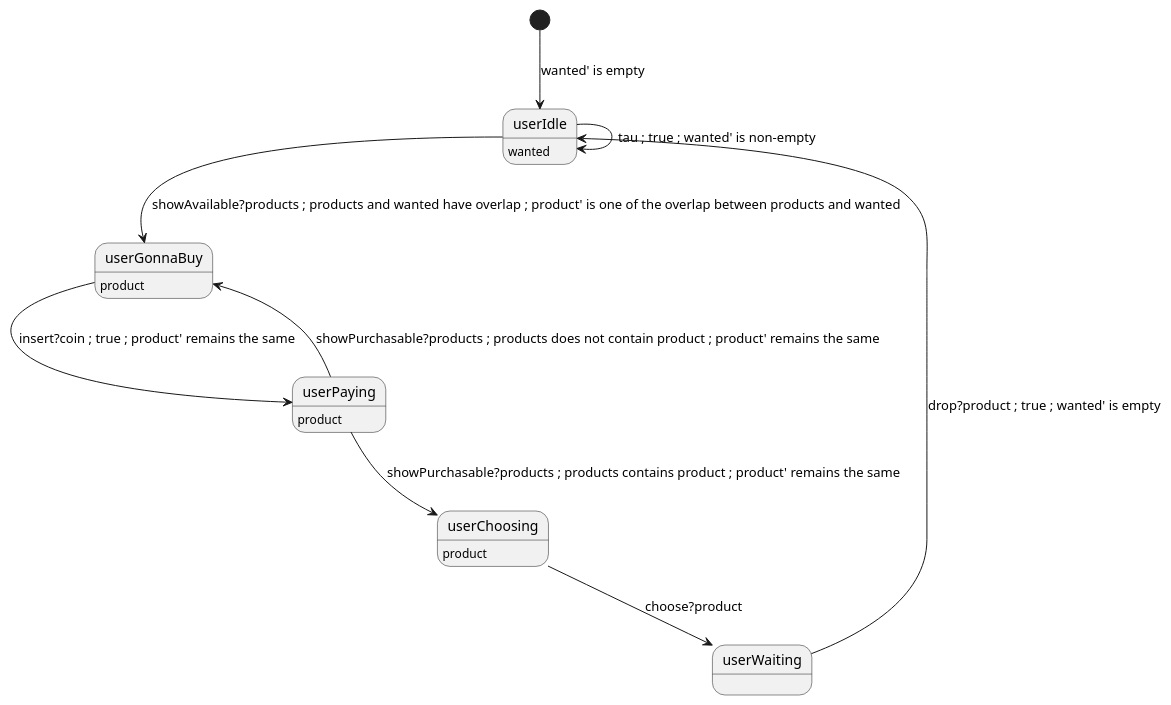
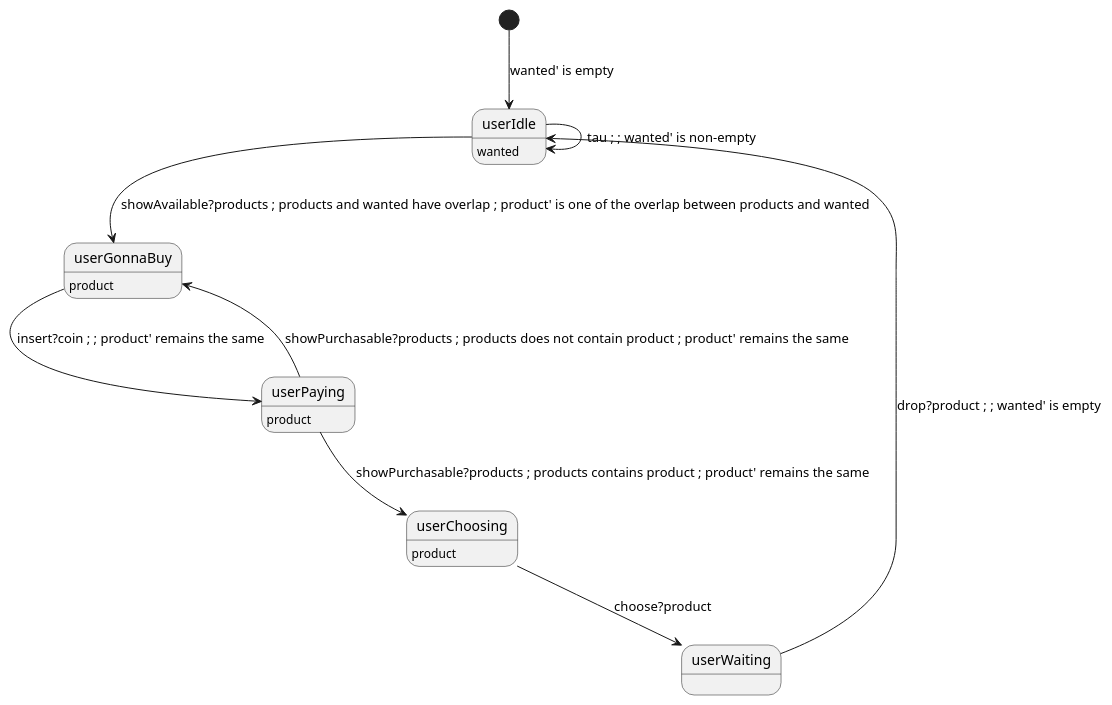
One commit to Kuniwak/puml-parallel changed the diagram in examples/valid/user.puml. Above: the diagram before and after it, drawn with PlantUML. The commit also changed 65 other files, not shown here.

```diff
--- a/examples/valid/user.puml
+++ b/examples/valid/user.puml
@@ -1,22 +1,22 @@
 @startuml
 
 state "userIdle" as userIdle
 userIdle: wanted
 state "userGonnaBuy" as userGonnaBuy
 userGonnaBuy: product
 state "userPaying" as userPaying
 userPaying: product
 state "userChoosing" as userChoosing
 userChoosing: product
 state "userWaiting" as userWaiting
 
 [*] --> userIdle : wanted' is empty
-userIdle --> userIdle : tau ; true ; wanted' is non-empty
+userIdle --> userIdle : tau ; ; wanted' is non-empty
 userIdle --> userGonnaBuy : showAvailable?products ; products and wanted have overlap ; product' is one of the overlap between products and wanted
-userGonnaBuy --> userPaying : insert?coin ; true ; product' remains the same
+userGonnaBuy --> userPaying : insert?coin ; ; product' remains the same
 userPaying --> userGonnaBuy : showPurchasable?products ; products does not contain product ; product' remains the same
 userPaying --> userChoosing : showPurchasable?products ; products contains product ; product' remains the same
 userChoosing --> userWaiting : choose?product
-userWaiting --> userIdle : drop?product ; true ; wanted' is empty
+userWaiting --> userIdle : drop?product ; ; wanted' is empty
 
 @enduml
```
